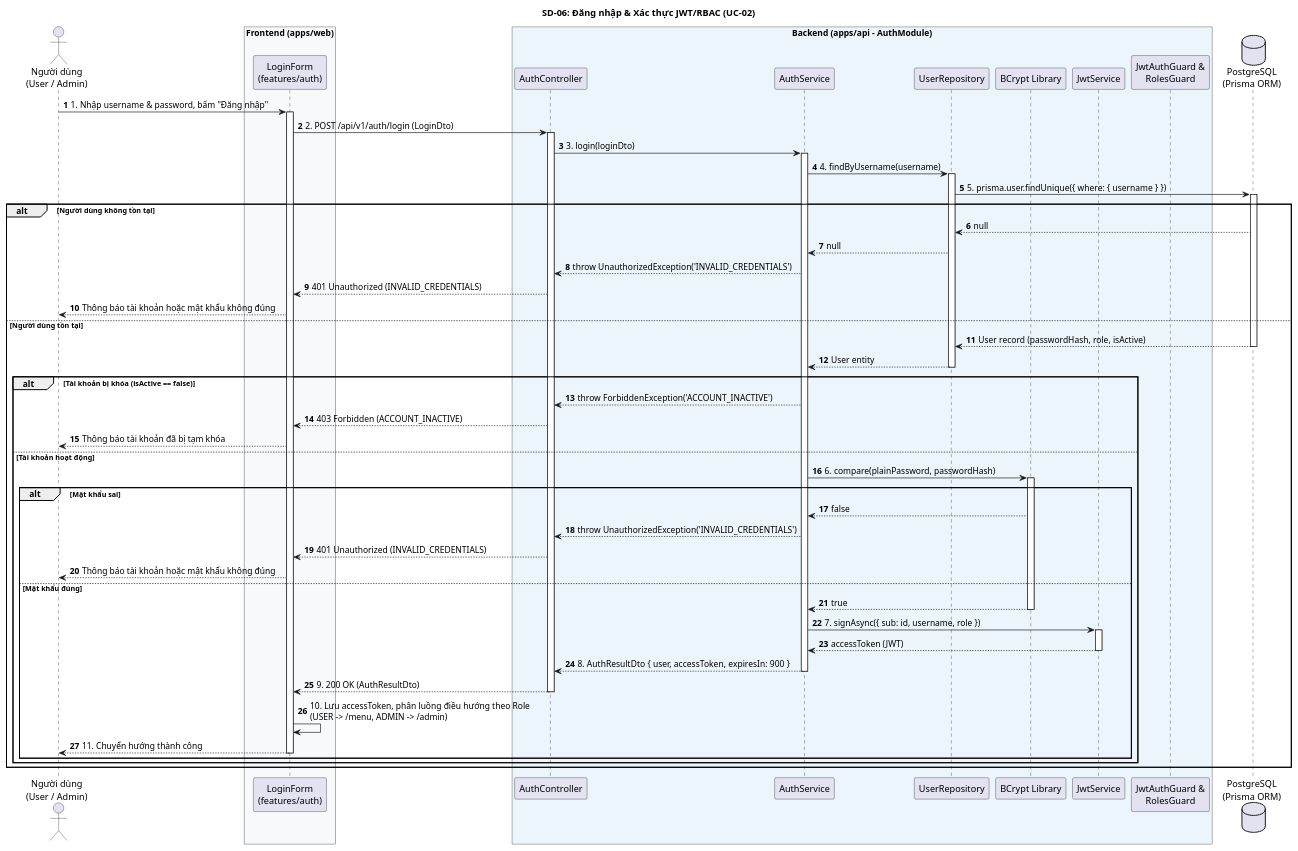
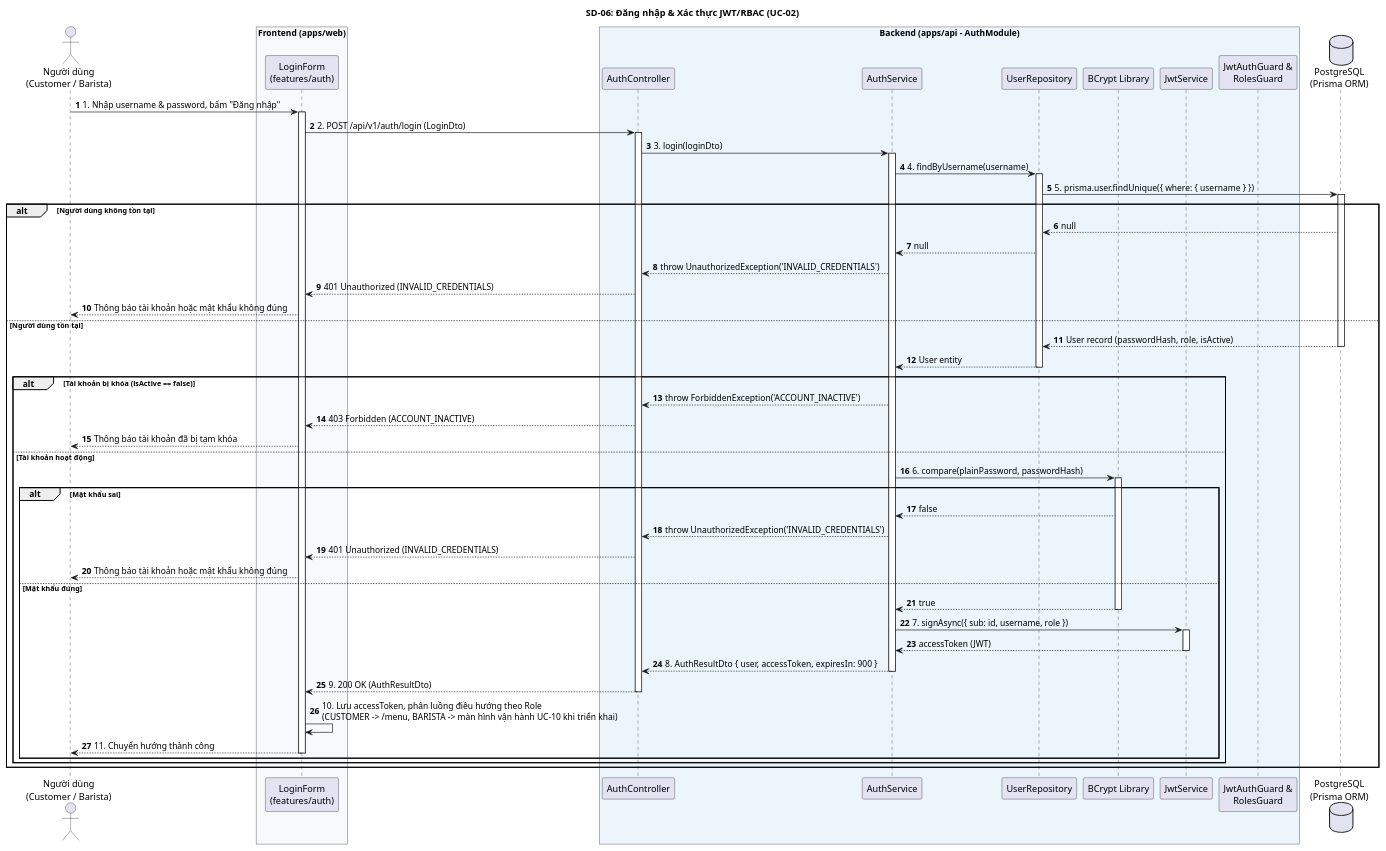
The fourth of 4 diagrams in docs/architecture/sequence-diagrams-auth.md (akira-yami/BrewLite_A1), drawn with PlantUML before and after one commit. The commit also changed other lines of this file and 16 other files, not shown here.

First line of the commit message:
Rename USER/ADMIN to CUSTOMER/BARISTA

````diff
--- a/docs/architecture/sequence-diagrams-auth.md
+++ b/docs/architecture/sequence-diagrams-auth.md
@@ -357,80 +357,80 @@
 ```plantuml
 @startuml SD-06_Login_and_RBAC
 title SD-06: Đăng nhập & Xác thực JWT/RBAC (UC-02)
 autonumber
 skinparam responseMessageBelowArrow true
 skinparam BoxPadding 10
 
-actor "Người dùng\n(User / Admin)" as User
+actor "Người dùng\n(Customer / Barista)" as User
 
 box "Frontend (apps/web)" #F8F9FA
     participant "LoginForm\n(features/auth)" as FE
 end box
 
 box "Backend (apps/api - AuthModule)" #EBF5FB
     participant "AuthController" as AC
     participant "AuthService" as AS
     participant "UserRepository" as UR
     participant "BCrypt Library" as BC
     participant "JwtService" as JWT
     participant "JwtAuthGuard &\nRolesGuard" as SEC
 end box
 
 database "PostgreSQL\n(Prisma ORM)" as DB
 
 User -> FE: 1. Nhập username & password, bấm "Đăng nhập"
 activate FE
 FE -> AC: 2. POST /api/v1/auth/login (LoginDto)
 activate AC
 AC -> AS: 3. login(loginDto)
 activate AS
 AS -> UR: 4. findByUsername(username)
 activate UR
 UR -> DB: 5. prisma.user.findUnique({ where: { username } })
 activate DB
 
 alt Người dùng không tồn tại
     DB --> UR: null
     UR --> AS: null
     AS --> AC: throw UnauthorizedException('INVALID_CREDENTIALS')
     AC --> FE: 401 Unauthorized (INVALID_CREDENTIALS)
     FE --> User: Thông báo tài khoản hoặc mật khẩu không đúng
 else Người dùng tồn tại
     DB --> UR: User record (passwordHash, role, isActive)
     deactivate DB
     UR --> AS: User entity
     deactivate UR
 
     alt Tài khoản bị khóa (isActive == false)
         AS --> AC: throw ForbiddenException('ACCOUNT_INACTIVE')
         AC --> FE: 403 Forbidden (ACCOUNT_INACTIVE)
         FE --> User: Thông báo tài khoản đã bị tạm khóa
     else Tài khoản hoạt động
         AS -> BC: 6. compare(plainPassword, passwordHash)
         activate BC
         
         alt Mật khẩu sai
             BC --> AS: false
             AS --> AC: throw UnauthorizedException('INVALID_CREDENTIALS')
             AC --> FE: 401 Unauthorized (INVALID_CREDENTIALS)
             FE --> User: Thông báo tài khoản hoặc mật khẩu không đúng
         else Mật khẩu đúng
             BC --> AS: true
             deactivate BC
             AS -> JWT: 7. signAsync({ sub: id, username, role })
             activate JWT
             JWT --> AS: accessToken (JWT)
             deactivate JWT
             AS --> AC: 8. AuthResultDto { user, accessToken, expiresIn: 900 }
             deactivate AS
             AC --> FE: 9. 200 OK (AuthResultDto)
             deactivate AC
             
-            FE -> FE: 10. Lưu accessToken, phân luồng điều hướng theo Role\n(USER -> /menu, ADMIN -> /admin)
+            FE -> FE: 10. Lưu accessToken, phân luồng điều hướng theo Role\n(CUSTOMER -> /menu, BARISTA -> màn hình vận hành UC-10 khi triển khai)
             FE --> User: 11. Chuyển hướng thành công
             deactivate FE
         end
     end
 end
 @enduml
 ```
````
